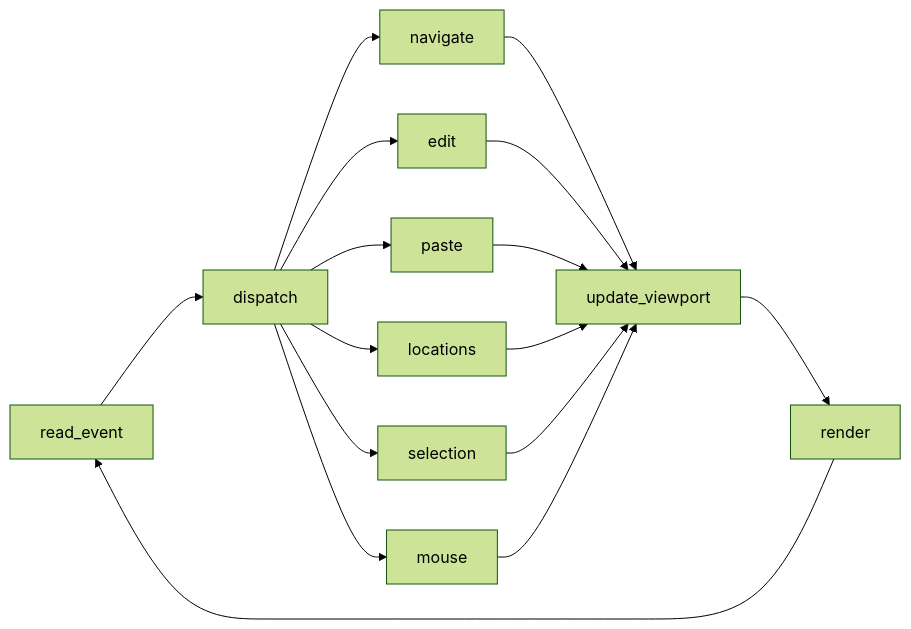
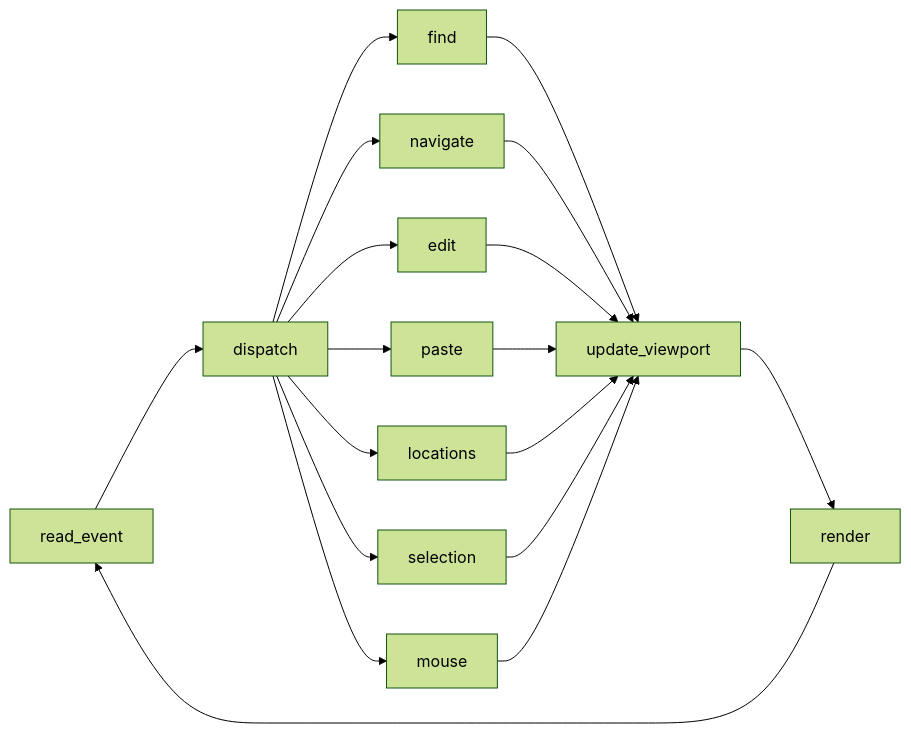
One commit to epatel/terminal_pad changed the diagram in cards/architecture.md. Above: the diagram before and after it, drawn with Mermaid (forest theme). The commit also changed other lines of this file and 19 other files, not shown here.

````diff
--- a/cards/architecture.md
+++ b/cards/architecture.md
@@ -19,18 +19,20 @@
 ```mermaid
 flowchart LR
   read[read_event] --> dispatch[dispatch]
   dispatch --> nav[navigate]
   dispatch --> edit[edit]
   dispatch --> paste[paste]
   dispatch --> loc[locations]
   dispatch --> sel[selection]
   dispatch --> mouse[mouse]
+  dispatch --> find[find]
+  find --> clamp
   nav --> clamp[update_viewport]
   edit --> clamp
   paste --> clamp
   loc --> clamp
   sel --> clamp
   mouse --> clamp
   clamp --> draw[render]
   draw --> read
 ```
````
